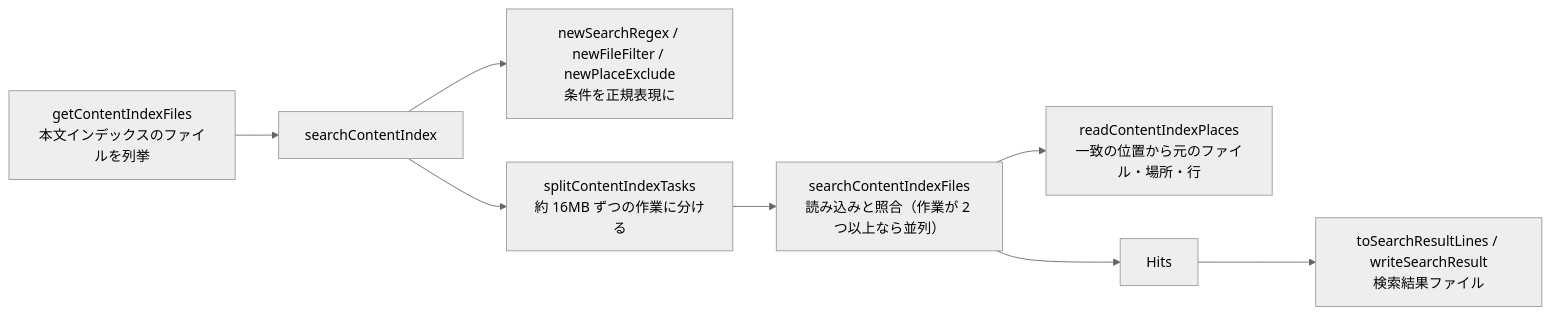
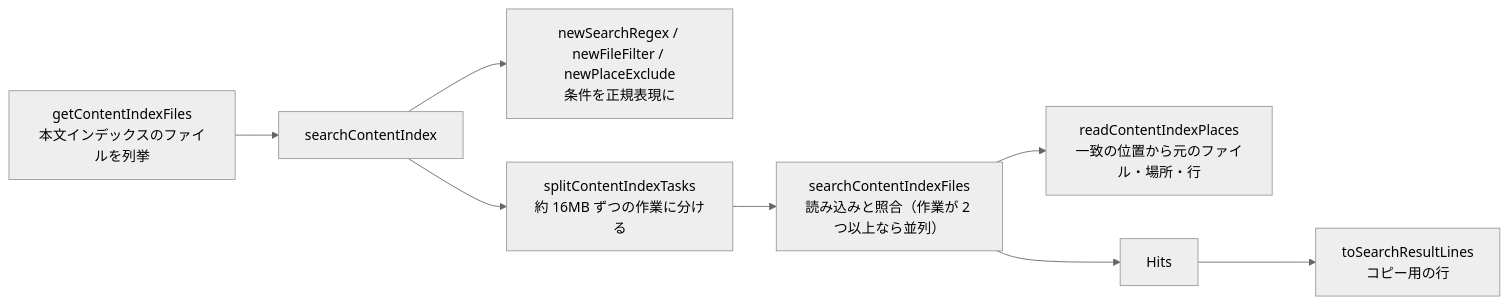
The diagram in docs/design/reference/search.md (hsgwa/tebunko), drawn with Mermaid (neutral theme) before and after one commit. The commit also changed other lines of this file and 53 other files, not shown here.

````diff
--- a/docs/design/reference/search.md
+++ b/docs/design/reference/search.md
@@ -7,10 +7,10 @@
 ```mermaid
 flowchart LR
     A["getContentIndexFiles<br>本文インデックスのファイルを列挙"] --> B["searchContentIndex"]
     B --> C["newSearchRegex / newFileFilter / newPlaceExclude<br>条件を正規表現に"]
     B --> T["splitContentIndexTasks<br>約 16MB ずつの作業に分ける"]
     T --> E["searchContentIndexFiles<br>読み込みと照合（作業が 2 つ以上なら並列）"]
     E --> P["readContentIndexPlaces<br>一致の位置から元のファイル・場所・行"]
     E --> F["Hits"]
-    F --> G["toSearchResultLines / writeSearchResult<br>検索結果ファイル"]
+    F --> G["toSearchResultLines<br>コピー用の行"]
 ```
````
